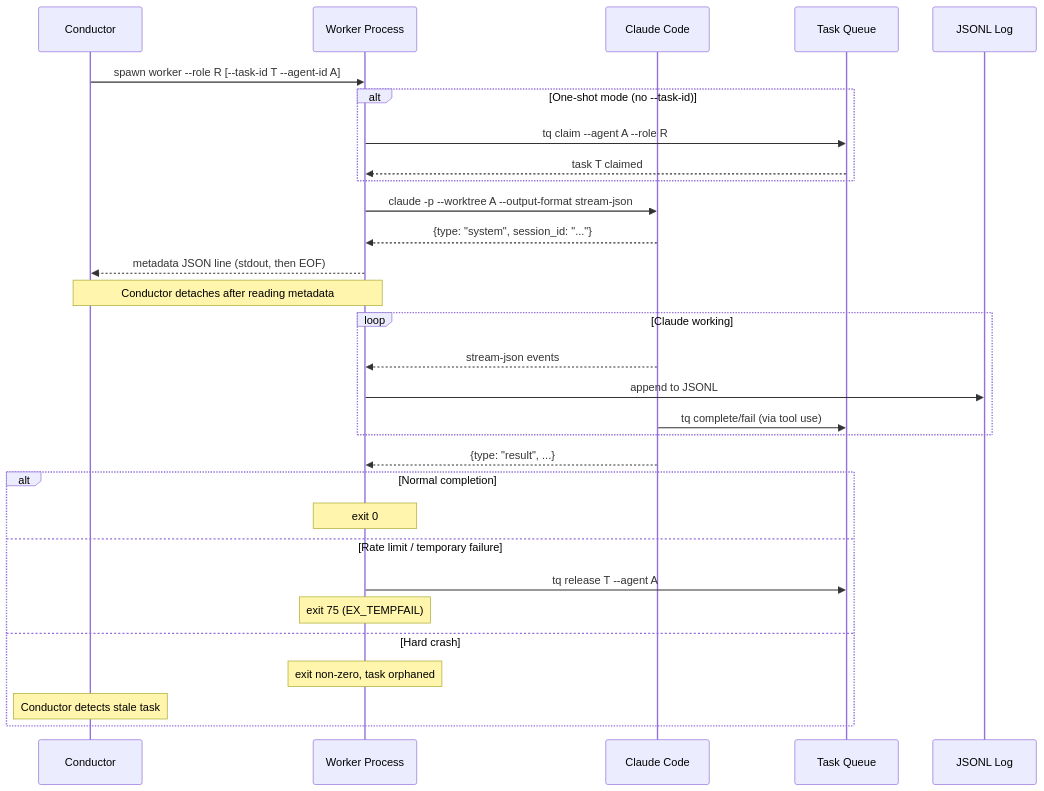
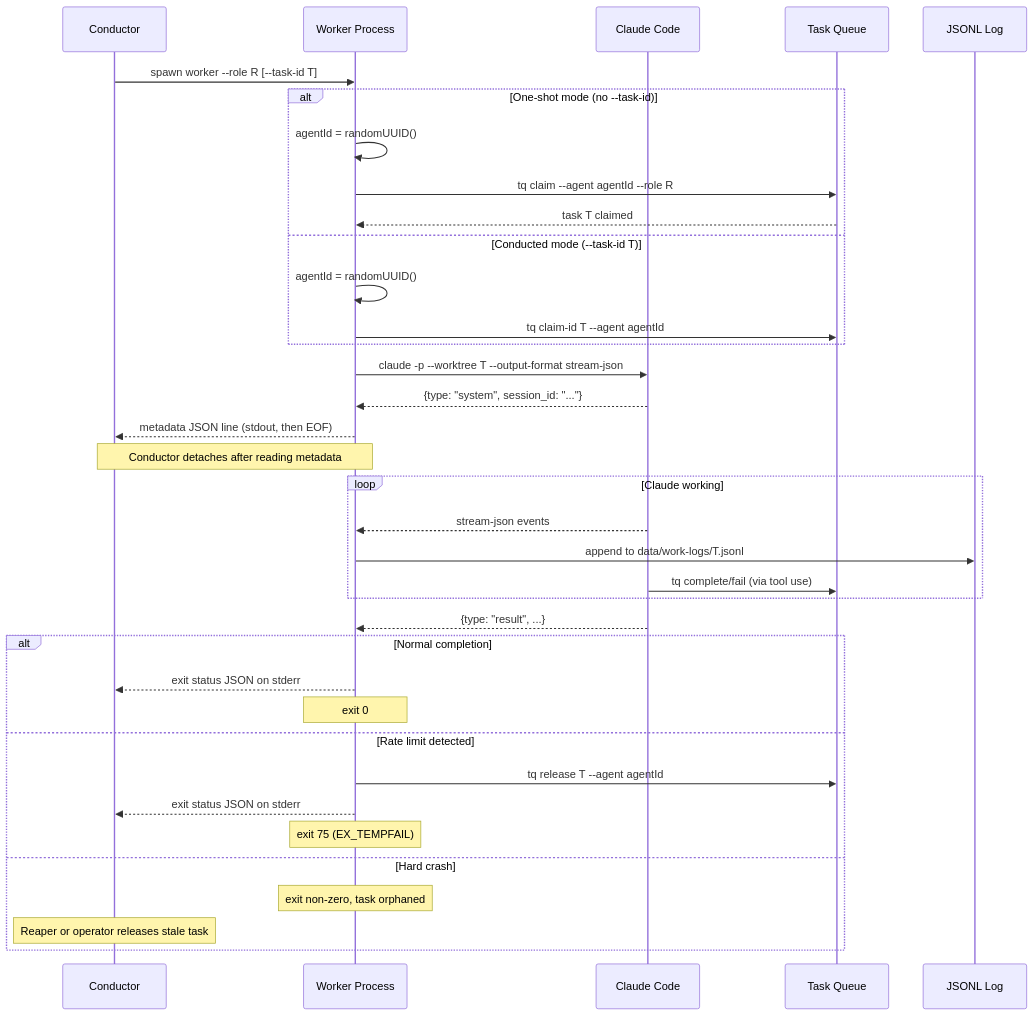
One commit to shardworks/shardworks changed the third of 4 diagrams in docs/architecture.md. Above: the diagram before and after it, drawn with Mermaid. The commit also changed other lines of this file and 11 other files, not shown here.

First line of the commit message:
feat: task-centric architecture, tq release, rate-limit recovery

````diff
--- a/docs/architecture.md
+++ b/docs/architecture.md
@@ -157,39 +200,45 @@
 ```mermaid
 sequenceDiagram
     participant C as Conductor
     participant W as Worker Process
     participant CC as Claude Code
     participant TQ as Task Queue
     participant L as JSONL Log
 
-    C->>W: spawn worker --role R [--task-id T --agent-id A]
-    
+    C->>W: spawn worker --role R [--task-id T]
+
     alt One-shot mode (no --task-id)
-        W->>TQ: tq claim --agent A --role R
+        W->>W: agentId = randomUUID()
+        W->>TQ: tq claim --agent agentId --role R
         TQ-->>W: task T claimed
+    else Conducted mode (--task-id T)
+        W->>W: agentId = randomUUID()
+        W->>TQ: tq claim-id T --agent agentId
     end
-    
-    W->>CC: claude -p --worktree A --output-format stream-json
+
+    W->>CC: claude -p --worktree T --output-format stream-json
     CC-->>W: {type: "system", session_id: "..."}
     W-->>C: metadata JSON line (stdout, then EOF)
-    
+
     Note over C,W: Conductor detaches after reading metadata
-    
+
     loop Claude working
         CC-->>W: stream-json events
-        W->>L: append to JSONL
+        W->>L: append to data/work-logs/T.jsonl
         CC->>TQ: tq complete/fail (via tool use)
     end
-    
+
     CC-->>W: {type: "result", ...}
-    
+
     alt Normal completion
+        W-->>C: exit status JSON on stderr
         Note over W: exit 0
-    else Rate limit / temporary failure
-        W->>TQ: tq release T --agent A
+    else Rate limit detected
+        W->>TQ: tq release T --agent agentId
+        W-->>C: exit status JSON on stderr
         Note over W: exit 75 (EX_TEMPFAIL)
     else Hard crash
         Note over W: exit non-zero, task orphaned
-        Note over C: Conductor detects stale task
+        Note over C: Reaper or operator releases stale task
     end
 ```
````
